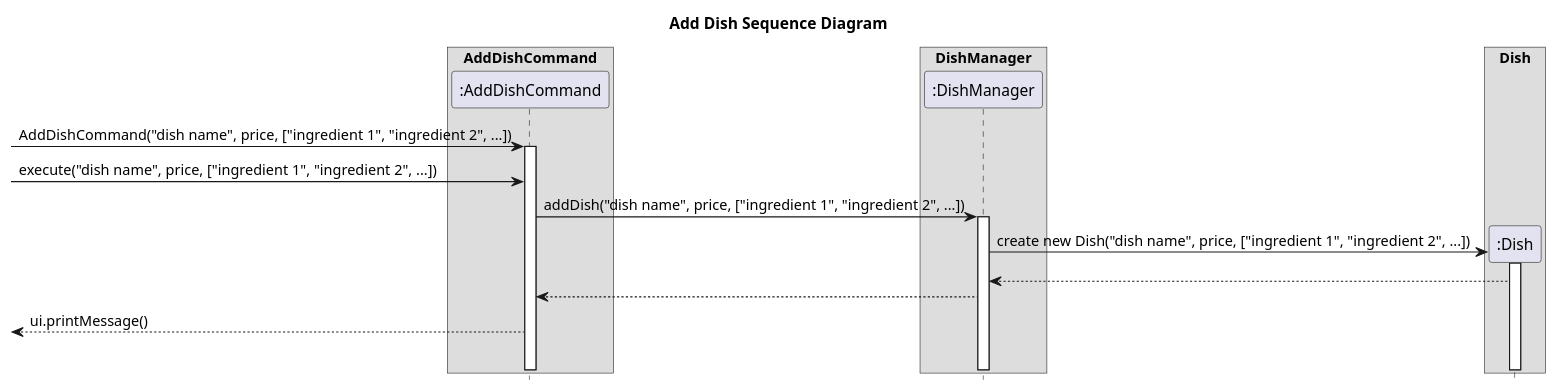
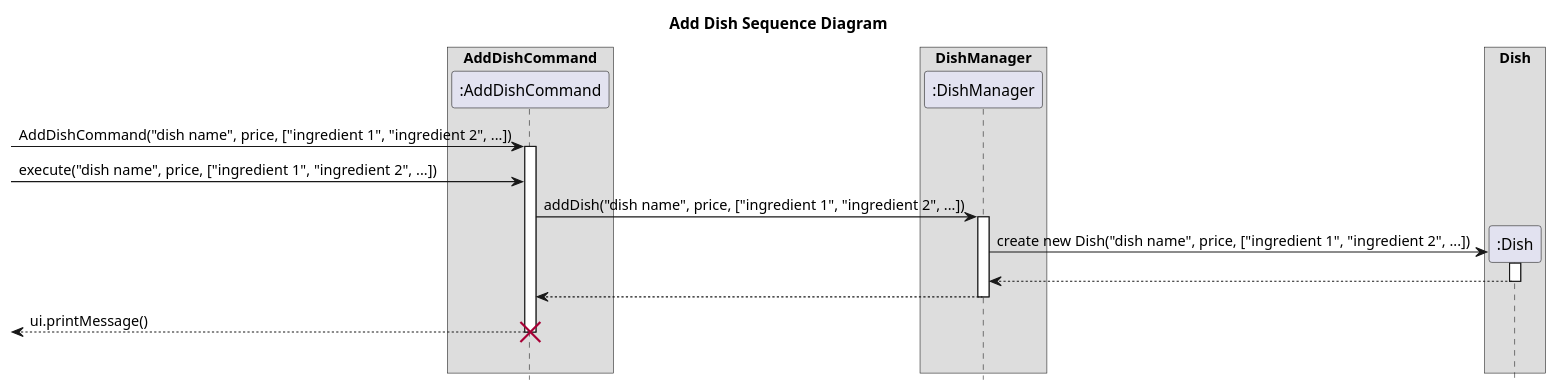
The diagram in docs/uml/AddDishCommandSequenceDiagram.puml (nus-cs2113-AY2223S2/tp), drawn with PlantUML before and after one commit. The commit also changed 9 other files, not shown here.

First line of the commit message:
Add UML dish sequence diagrams to DG

```diff
--- a/docs/uml/AddDishCommandSequenceDiagram.puml
+++ b/docs/uml/AddDishCommandSequenceDiagram.puml
@@ -1,28 +1,31 @@
 @startuml
 hide footbox
 title Add Dish Sequence Diagram
 
 box "AddDishCommand"
 participant ":AddDishCommand" as AddDishCommand
 endbox
 
 box "DishManager"
 participant ":DishManager" as DishManager
 endbox
 
 box "Dish"
 participant ":Dish" as Dish
 endbox
 
 -> AddDishCommand ++ : AddDishCommand("dish name", price, ["ingredient 1", "ingredient 2", ...])
 -> AddDishCommand: execute("dish name", price, ["ingredient 1", "ingredient 2", ...])
 AddDishCommand -> DishManager ++ : addDish("dish name", price, ["ingredient 1", "ingredient 2", ...])
 
 create Dish
 Dish <- DishManager ++ : create new Dish("dish name", price, ["ingredient 1", "ingredient 2", ...])
 Dish --> DishManager
+deactivate
 AddDishCommand <-- DishManager
+deactivate
 <-- AddDishCommand: ui.printMessage()
 
+destroy AddDishCommand
 |||
 @enduml
```
